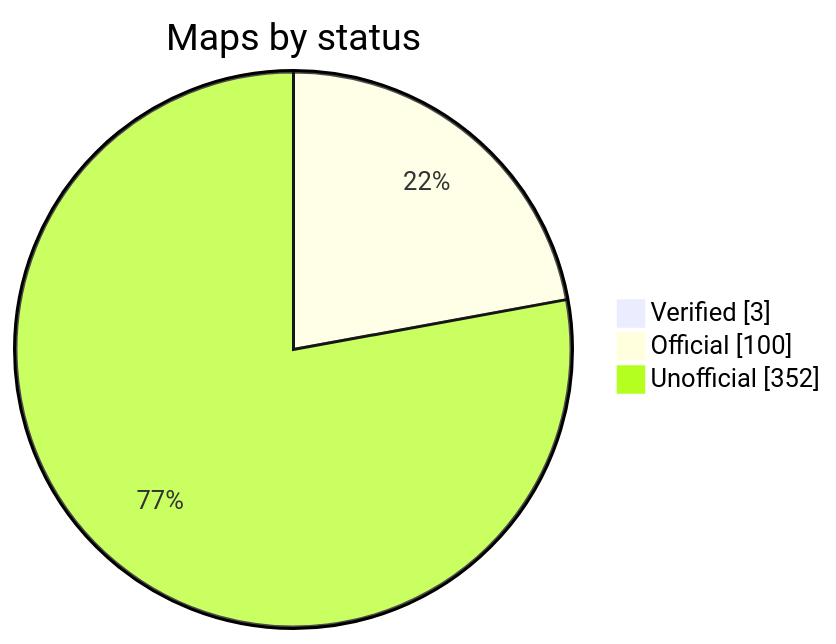
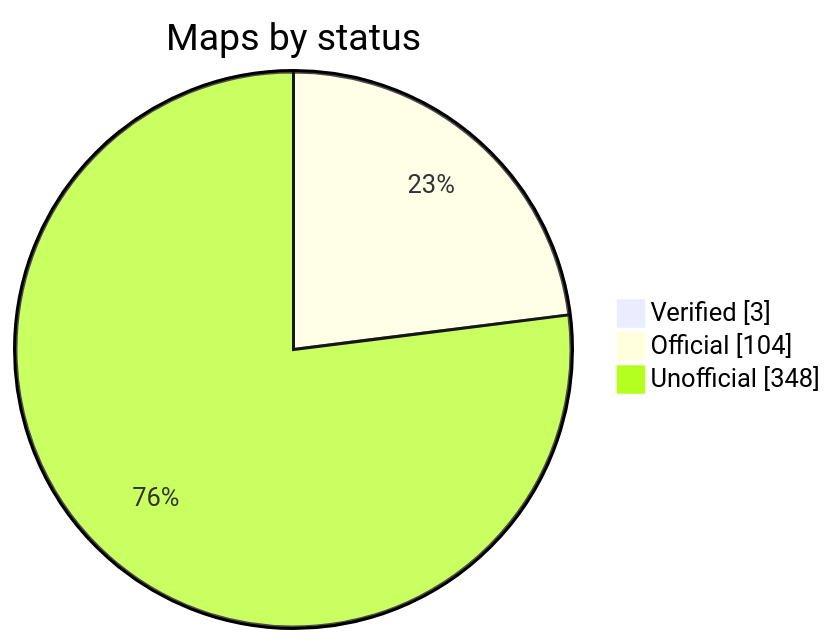
One commit to nobrega8/mbmap-library changed the diagram in README.md. Above: the diagram before and after it, drawn with Mermaid. The commit also changed 1 other file, not shown here.

Commit message:
Update the index

````diff
--- a/README.md
+++ b/README.md
@@ -48,7 +48,7 @@
 ```mermaid
 pie showData
     title Maps by status
     "Verified" : 3
-    "Official" : 100
-    "Unofficial" : 352
+    "Official" : 104
+    "Unofficial" : 348
 ```
````
